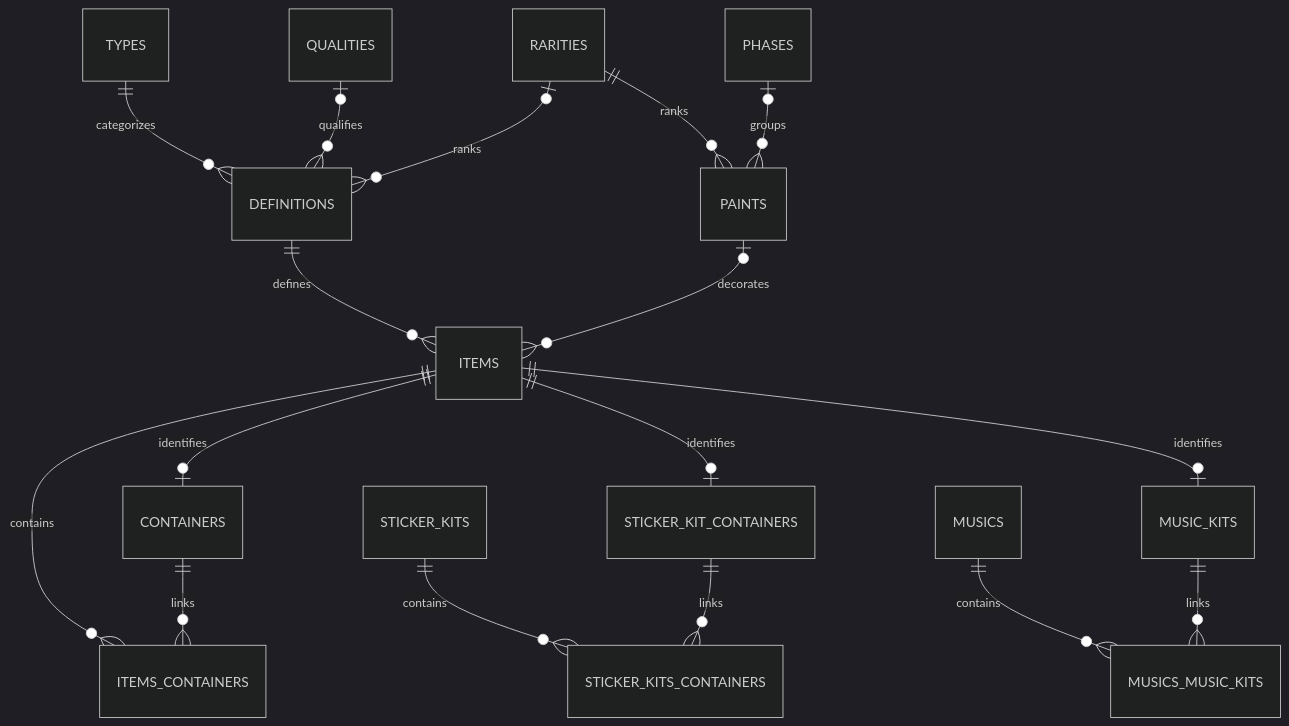
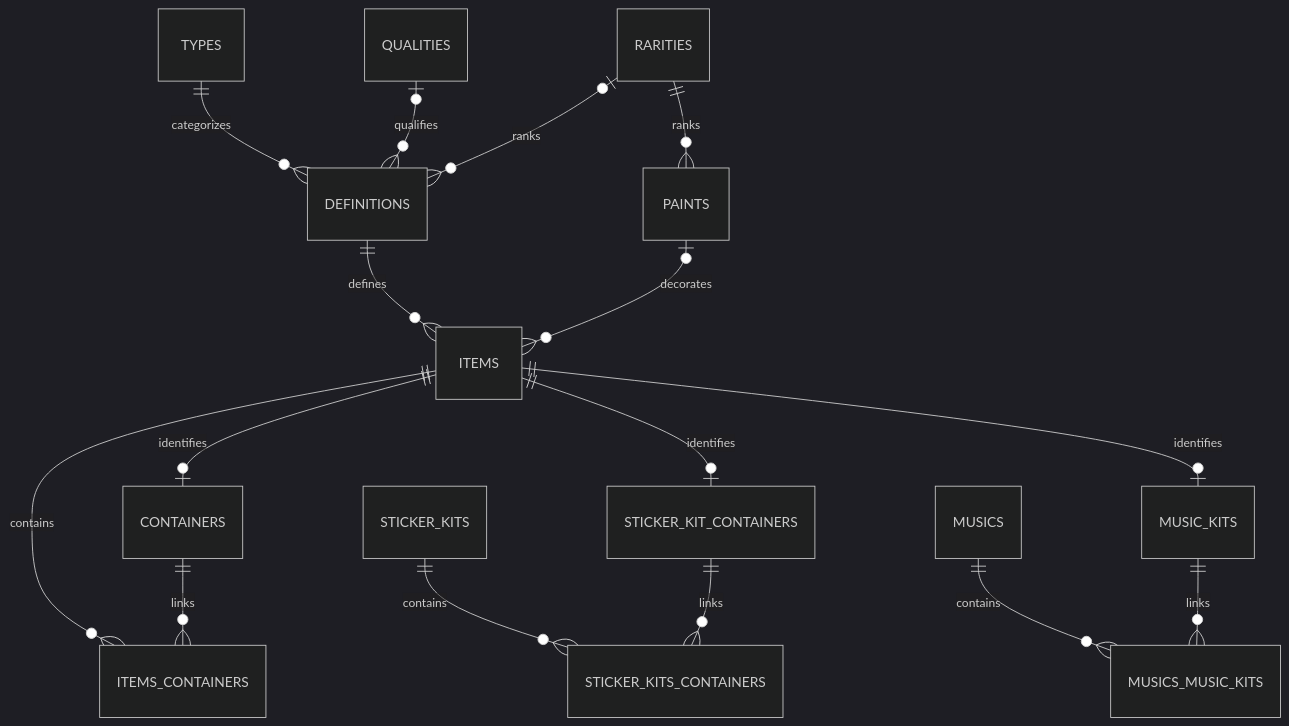
Before and after one commit to somespecialone/cs2-items-schema: the second of 2 diagrams in README.md, drawn with Mermaid (dark theme). The commit also changed other lines of this file and 14 other files, not shown here.

Commit message:
refactor(schema): remove predefined schemas (origins, phases, wears)

````diff
--- a/README.md
+++ b/README.md
@@ -44,19 +43,18 @@
 ```mermaid
 erDiagram
     TYPES ||--o{ DEFINITIONS : categorizes
     QUALITIES o|--o{ DEFINITIONS : qualifies
     RARITIES o|--o{ DEFINITIONS : ranks
     RARITIES ||--o{ PAINTS : ranks
-    PHASES o|--o{ PAINTS : groups
     DEFINITIONS ||--o{ ITEMS : defines
     PAINTS o|--o{ ITEMS : decorates
     ITEMS ||--o| CONTAINERS : identifies
     ITEMS ||--o| STICKER_KIT_CONTAINERS : identifies
     ITEMS ||--o| MUSIC_KITS : identifies
     ITEMS ||--o{ ITEMS_CONTAINERS : contains
     CONTAINERS ||--o{ ITEMS_CONTAINERS : links
     STICKER_KITS ||--o{ STICKER_KITS_CONTAINERS : contains
     STICKER_KIT_CONTAINERS ||--o{ STICKER_KITS_CONTAINERS : links
     MUSICS ||--o{ MUSICS_MUSIC_KITS : contains
     MUSIC_KITS ||--o{ MUSICS_MUSIC_KITS : links
 ```
````
